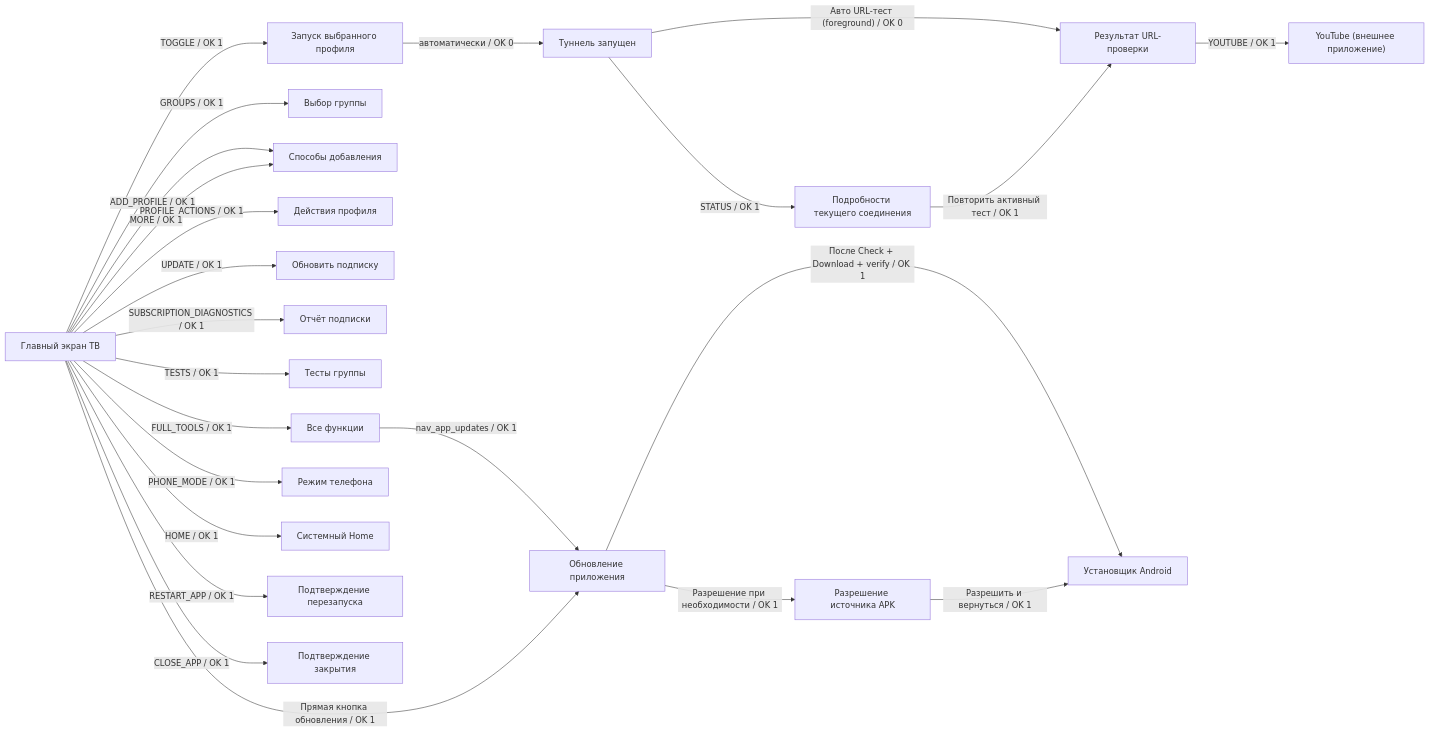
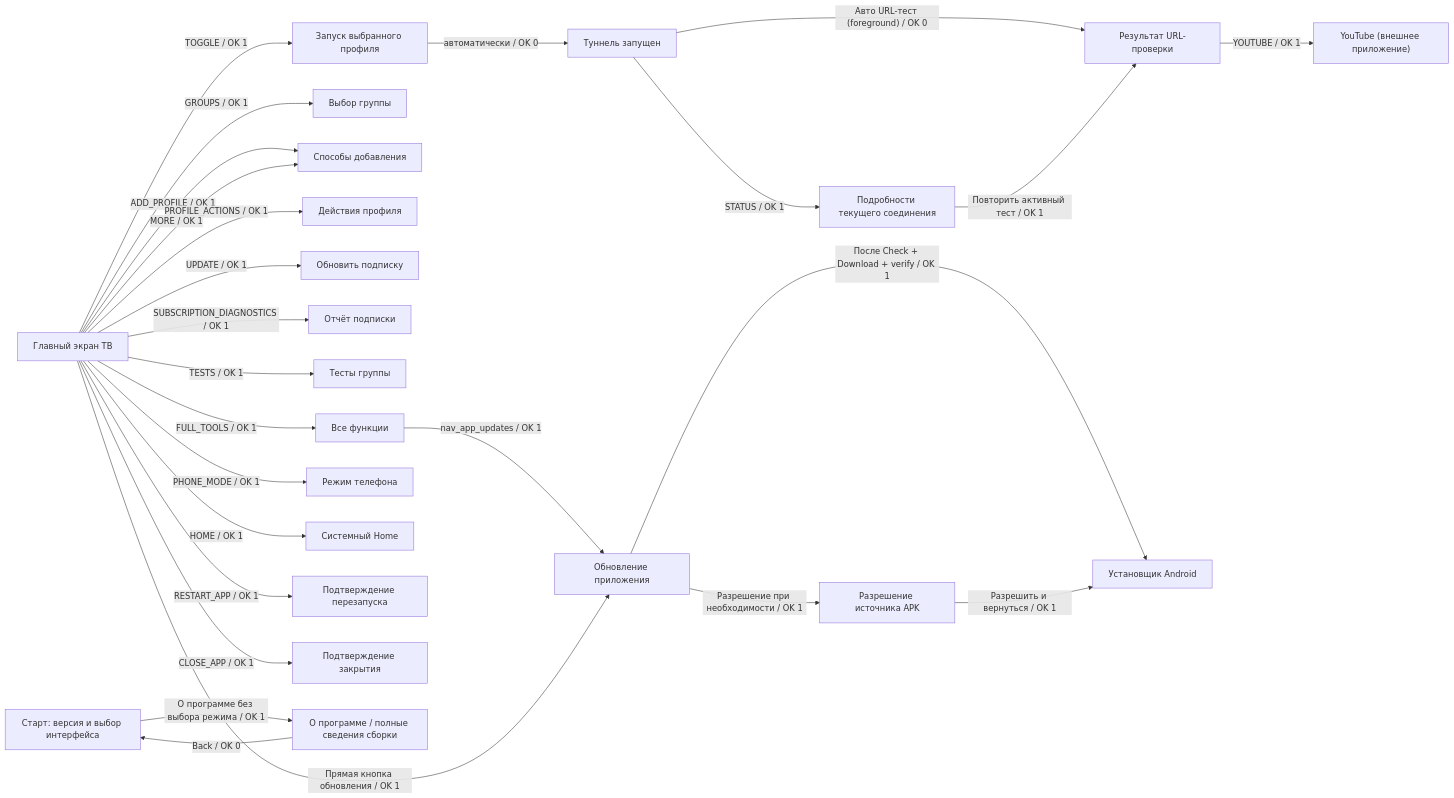
Before and after one commit to LeonidYasin/TunXBox: the diagram in docs/tv-navigation.md, drawn with Mermaid. The commit also changed 13 other files, not shown here.

````diff
--- a/docs/tv-navigation.md
+++ b/docs/tv-navigation.md
@@ -5,46 +5,50 @@
 ```mermaid
 flowchart LR
     TV["Главный экран ТВ"]
     CONNECT["Запуск выбранного профиля"]
     CONNECTED["Туннель запущен"]
     HEALTH["Результат URL-проверки"]
     STATUS["Подробности текущего соединения"]
     YOUTUBE["YouTube (внешнее приложение)"]
     GROUPS["Выбор группы"]
     ADD["Способы добавления"]
     PROFILE_ACTIONS["Действия профиля"]
     SUB_UPDATE["Обновить подписку"]
     SUB_REPORT["Отчёт подписки"]
     GROUP_TESTS["Тесты группы"]
     ALL_TOOLS["Все функции"]
     PHONE["Режим телефона"]
     HOME["Системный Home"]
     RESTART["Подтверждение перезапуска"]
     CLOSE["Подтверждение закрытия"]
     UPDATER["Обновление приложения"]
     INSTALLER["Установщик Android"]
     PERMISSION["Разрешение источника APK"]
+    MODE["Старт: версия и выбор интерфейса"]
+    ABOUT["О программе / полные сведения сборки"]
     TV -->|"TOGGLE / OK 1"| CONNECT
     CONNECT -->|"автоматически / OK 0"| CONNECTED
     CONNECTED -->|"Авто URL-тест (foreground) / OK 0"| HEALTH
     CONNECTED -->|"STATUS / OK 1"| STATUS
     STATUS -->|"Повторить активный тест / OK 1"| HEALTH
     HEALTH -->|"YOUTUBE / OK 1"| YOUTUBE
     TV -->|"GROUPS / OK 1"| GROUPS
     TV -->|"ADD_PROFILE / OK 1"| ADD
     TV -->|"PROFILE_ACTIONS / OK 1"| PROFILE_ACTIONS
     TV -->|"UPDATE / OK 1"| SUB_UPDATE
     TV -->|"SUBSCRIPTION_DIAGNOSTICS / OK 1"| SUB_REPORT
     TV -->|"TESTS / OK 1"| GROUP_TESTS
     TV -->|"FULL_TOOLS / OK 1"| ALL_TOOLS
     TV -->|"MORE / OK 1"| ADD
     TV -->|"PHONE_MODE / OK 1"| PHONE
     TV -->|"HOME / OK 1"| HOME
     TV -->|"RESTART_APP / OK 1"| RESTART
     TV -->|"CLOSE_APP / OK 1"| CLOSE
     ALL_TOOLS -->|"nav_app_updates / OK 1"| UPDATER
     UPDATER -->|"Разрешение при необходимости / OK 1"| PERMISSION
     UPDATER -->|"После Check + Download + verify / OK 1"| INSTALLER
     PERMISSION -->|"Разрешить и вернуться / OK 1"| INSTALLER
     TV -->|"Прямая кнопка обновления / OK 1"| UPDATER
+    MODE -->|"О программе без выбора режима / OK 1"| ABOUT
+    ABOUT -->|"Back / OK 0"| MODE
 ```
````
